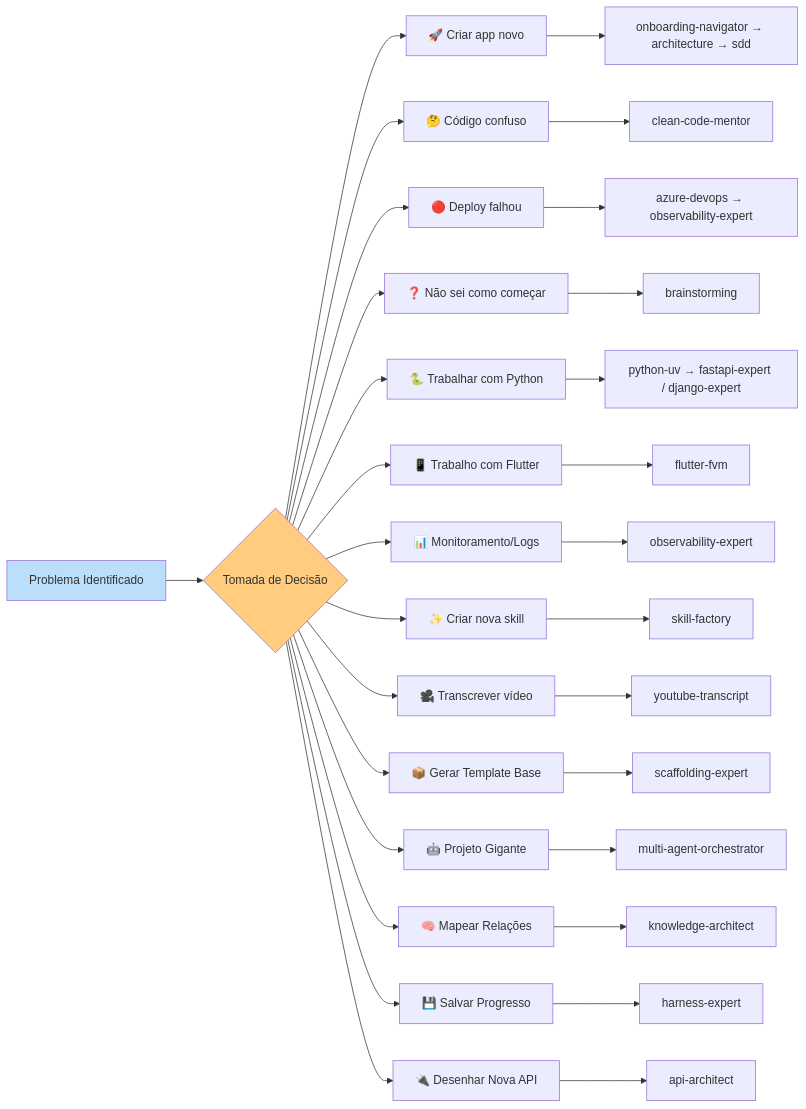
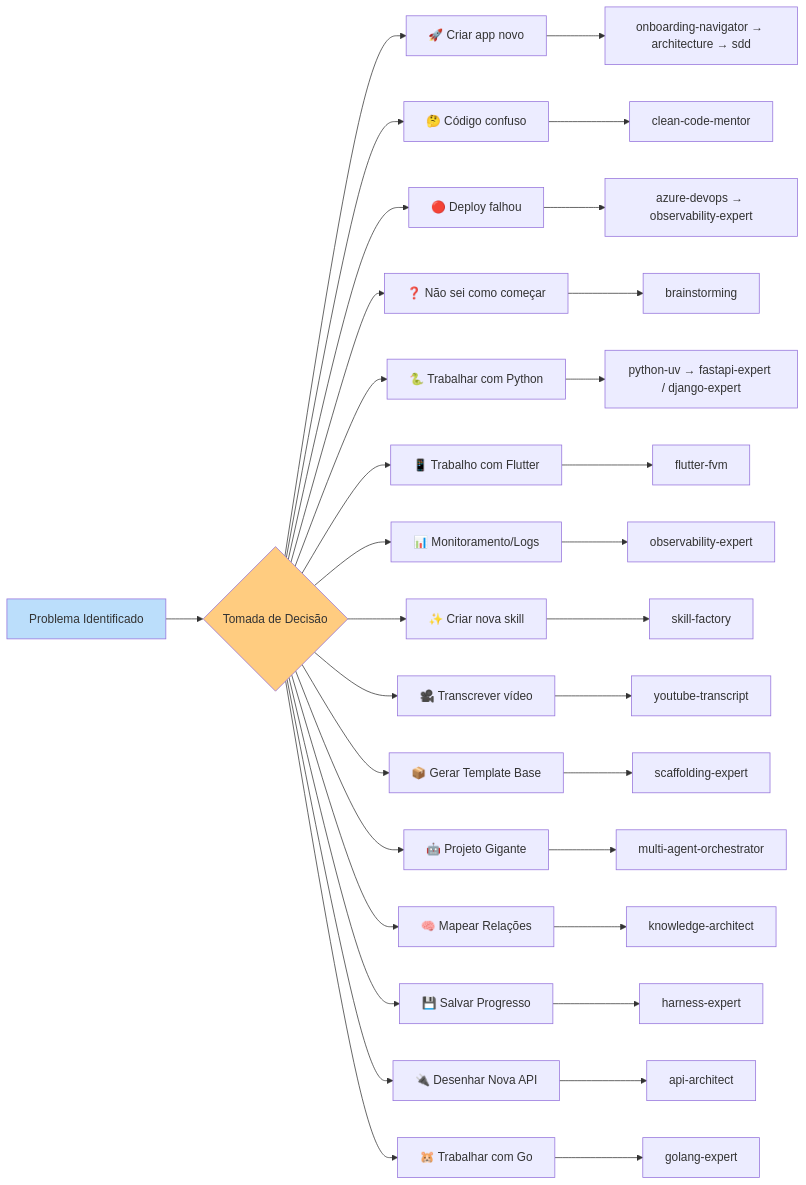
Before and after one commit to KlebersonCollab/skills: the second of 2 diagrams in onboarding-navigator/references/skills-catalog.md, drawn with Mermaid. The commit also changed other lines of this file and 18 other files, not shown here.

First line of the commit message:
feat: release v2.1.0 - Golang Expert Skill

````diff
--- a/onboarding-navigator/references/skills-catalog.md
+++ b/onboarding-navigator/references/skills-catalog.md
@@ -95,37 +99,39 @@
 ```mermaid
 flowchart LR
     Problem[Problema Identificado] --> Decision{Tomada de Decisão}
     
     Decision --> NewApp["🚀 Criar app novo"]
     Decision --> CodeSmell["🤔 Código confuso"]
     Decision --> DeployFailed["🔴 Deploy falhou"]
     Decision --> NoIdea["❓ Não sei como começar"]
     Decision --> PythonTask["🐍 Trabalhar com Python"]
     Decision --> FlutterTask["📱 Trabalho com Flutter"]
     Decision --> Monitor["📊 Monitoramento/Logs"]
     Decision --> NewSkill["✨ Criar nova skill"]
     Decision --> YoutubeVid["🎥 Transcrever vídeo"]
     Decision --> Scaffold["📦 Gerar Template Base"]
     Decision --> Orchestrate["🤖 Projeto Gigante"]
     Decision --> MapKnowledge["🧠 Mapear Relações"]
     Decision --> SaveState["💾 Salvar Progresso"]
     Decision --> NewAPI["🔌 Desenhar Nova API"]
+    Decision --> GoTask["🐹 Trabalhar com Go"]
     
     NewApp --> Path1[onboarding-navigator → architecture → sdd]
     CodeSmell --> Path2[clean-code-mentor]
     DeployFailed --> Path3[azure-devops → observability-expert]
     NoIdea --> Path4[brainstorming]
     PythonTask --> Path5[python-uv → fastapi-expert / django-expert]
     FlutterTask --> Path6[flutter-fvm]
     Monitor --> Path7[observability-expert]
     NewSkill --> Path8[skill-factory]
     YoutubeVid --> Path9[youtube-transcript]
     Scaffold --> Path10[scaffolding-expert]
     Orchestrate --> Path11[multi-agent-orchestrator]
     MapKnowledge --> Path12[knowledge-architect]
     SaveState --> Path13[harness-expert]
     NewAPI --> Path14[api-architect]
+    GoTask --> Path15[golang-expert]
     
     style Problem fill:#bbdefb
     style Decision fill:#ffcc80
 ```
````
